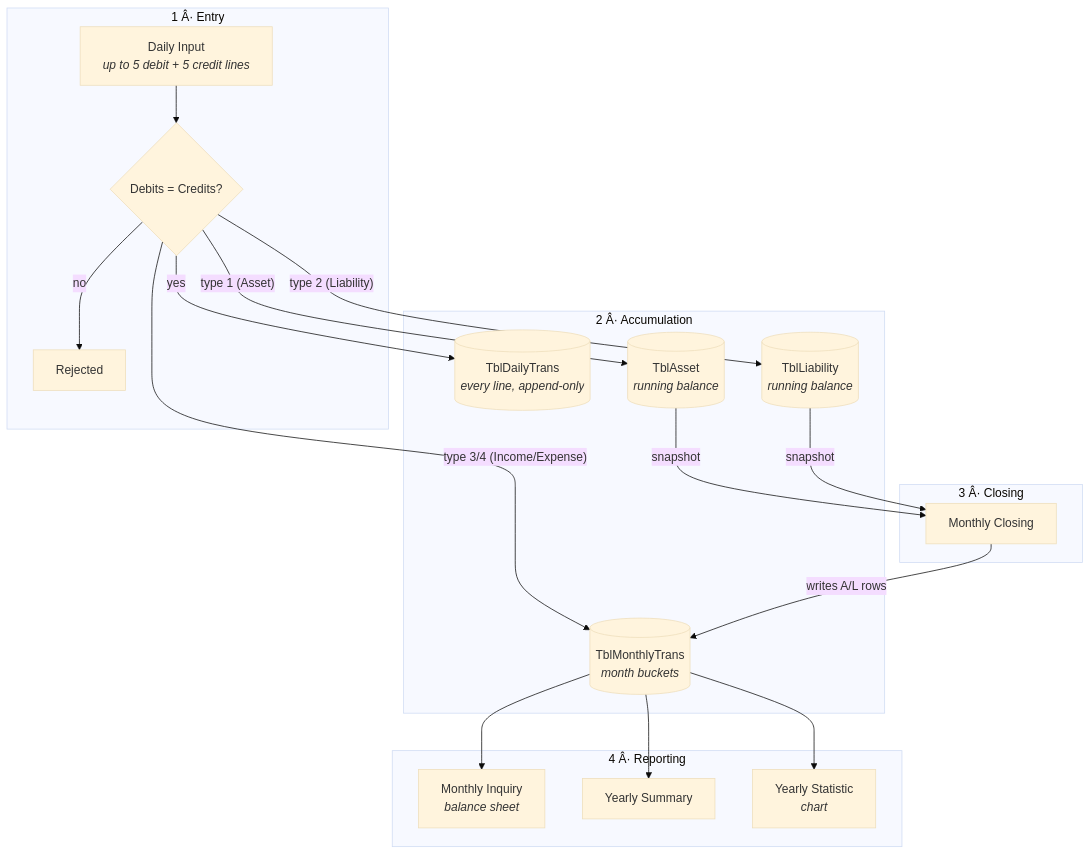
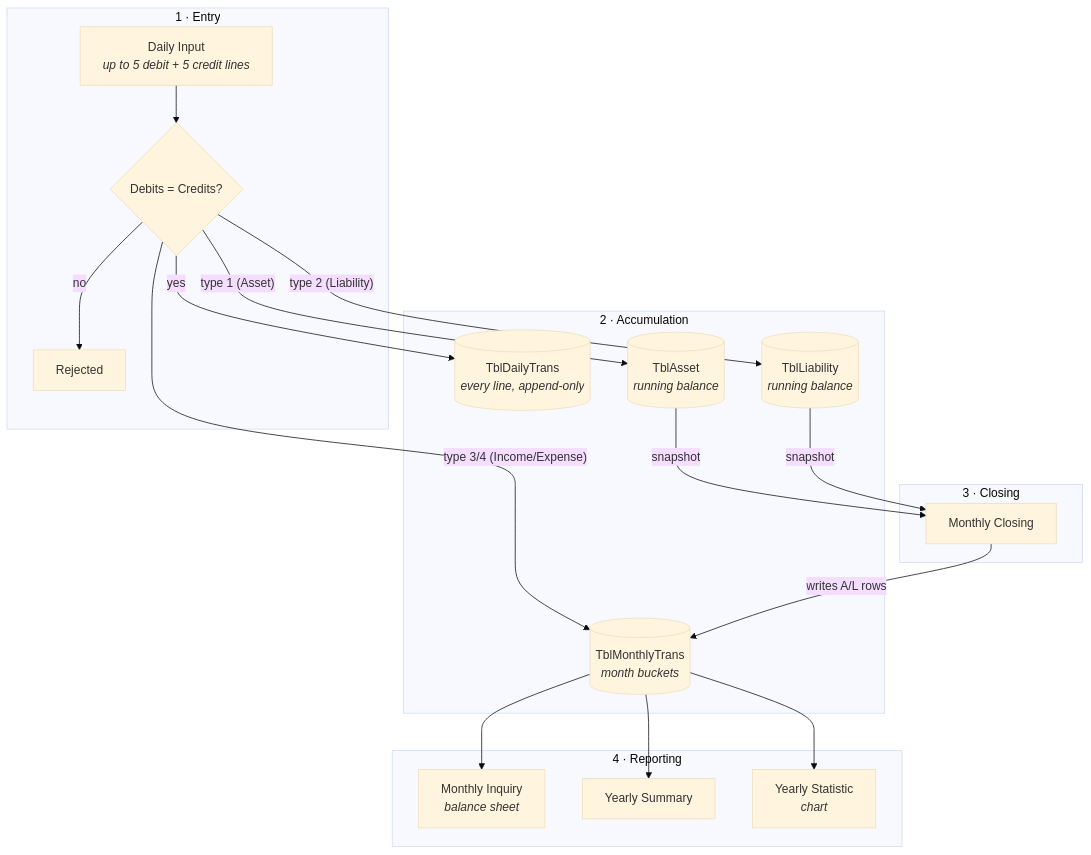
Before and after one commit to oscar-rijadi/FinancialBalance: the first of 3 diagrams in README.md, drawn with Mermaid (base theme). The commit also changed other lines of this file and 24 other files, not shown here.

````diff
--- a/README.md
+++ b/README.md
@@ -31,39 +31,39 @@
 ```mermaid
 flowchart TD
-    subgraph entry["1 Â· Entry"]
+    subgraph entry["1 · Entry"]
         DI["Daily Input<br/><i>up to 5 debit + 5 credit lines</i>"]
         CHK{"Debits = Credits?"}
         DI --> CHK
         CHK -- "no" --> REJ["Rejected"]
     end
 
-    subgraph accum["2 Â· Accumulation"]
+    subgraph accum["2 · Accumulation"]
         DT[("TblDailyTrans<br/><i>every line, append-only</i>")]
         AS[("TblAsset<br/><i>running balance</i>")]
         LI[("TblLiability<br/><i>running balance</i>")]
         MT[("TblMonthlyTrans<br/><i>month buckets</i>")]
     end
 
-    subgraph close["3 Â· Closing"]
+    subgraph close["3 · Closing"]
         MC["Monthly Closing"]
     end
 
-    subgraph report["4 Â· Reporting"]
+    subgraph report["4 · Reporting"]
         MI["Monthly Inquiry<br/><i>balance sheet</i>"]
         YS["Yearly Summary"]
         YT["Yearly Statistic<br/><i>chart</i>"]
     end
 
     CHK -- "yes" --> DT
     CHK -- "type 1 (Asset)" --> AS
     CHK -- "type 2 (Liability)" --> LI
     CHK -- "type 3/4 (Income/Expense)" --> MT
 
     AS -- "snapshot" --> MC
     LI -- "snapshot" --> MC
     MC -- "writes A/L rows" --> MT
 
     MT --> MI
     MT --> YS
     MT --> YT
 ```
````
